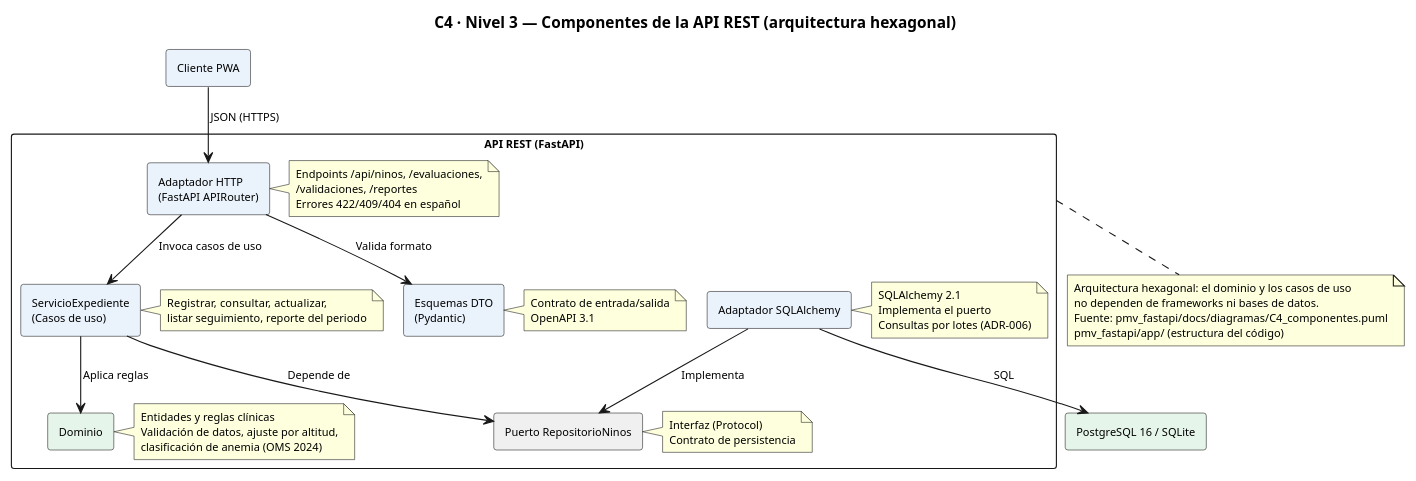
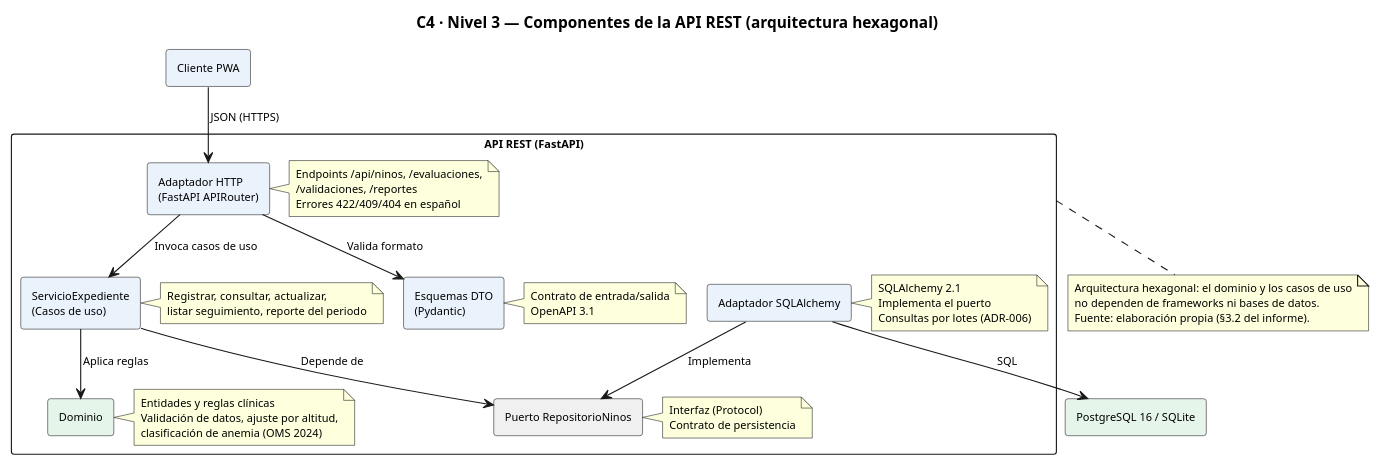
The diagram in diagramas/src/54_s6_c4_componentes_fastapi.puml (woshtsu/ProcesosSoftwareAnemia), drawn with PlantUML before and after one commit. The commit also changed 100 other files, not shown here.

```diff
--- a/diagramas/src/54_s6_c4_componentes_fastapi.puml
+++ b/diagramas/src/54_s6_c4_componentes_fastapi.puml
@@ -1,70 +1,69 @@
 @startuml 54_s6_c4_componentes_fastapi
 ' Fuente original: pmv_fastapi/docs/diagramas/C4_componentes.puml
 ' Adaptada a diagramas/src/ sin includes remotos
 !pragma layout smetana
 skinparam backgroundColor #FFFFFF
 skinparam defaultFontName "Arial"
 skinparam defaultFontSize 10
 
 title C4 · Nivel 3 — Componentes de la API REST (arquitectura hexagonal)
 
 rectangle "Cliente PWA" as pwa #EAF2FB
 rectangle "PostgreSQL 16 / SQLite" as db #E6F5EA
 
 rectangle "API REST (FastAPI)" as apiboundary {
   rectangle "Adaptador HTTP\n(FastAPI APIRouter)" as router #EAF2FB
   note right of router
     Endpoints /api/ninos, /evaluaciones,
     /validaciones, /reportes
     Errores 422/409/404 en español
   end note
 
   rectangle "Esquemas DTO\n(Pydantic)" as dto #EAF2FB
   note right of dto
     Contrato de entrada/salida
     OpenAPI 3.1
   end note
 
   rectangle "ServicioExpediente\n(Casos de uso)" as svc #EAF2FB
   note right of svc
     Registrar, consultar, actualizar,
     listar seguimiento, reporte del periodo
   end note
 
   rectangle "Dominio" as dom #E6F5EA
   note right of dom
     Entidades y reglas clínicas
     Validación de datos, ajuste por altitud,
     clasificación de anemia (OMS 2024)
   end note
 
   rectangle "Puerto RepositorioNinos" as port #F0F0F0
   note right of port
     Interfaz (Protocol)
     Contrato de persistencia
   end note
 
   rectangle "Adaptador SQLAlchemy" as repo #EAF2FB
   note right of repo
     SQLAlchemy 2.1
     Implementa el puerto
     Consultas por lotes (ADR-006)
   end note
 }
 
 pwa --> router : "JSON (HTTPS)"
 router --> dto : "Valida formato"
 router --> svc : "Invoca casos de uso"
 svc --> dom : "Aplica reglas"
 svc --> port : "Depende de"
 repo --> port : "Implementa"
 repo --> db : "SQL"
 
 note bottom of apiboundary
   Arquitectura hexagonal: el dominio y los casos de uso
   no dependen de frameworks ni bases de datos.
-  Fuente: pmv_fastapi/docs/diagramas/C4_componentes.puml
-  pmv_fastapi/app/ (estructura del código)
+  Fuente: elaboración propia (§3.2 del informe).
 end note
 
 @enduml
```
